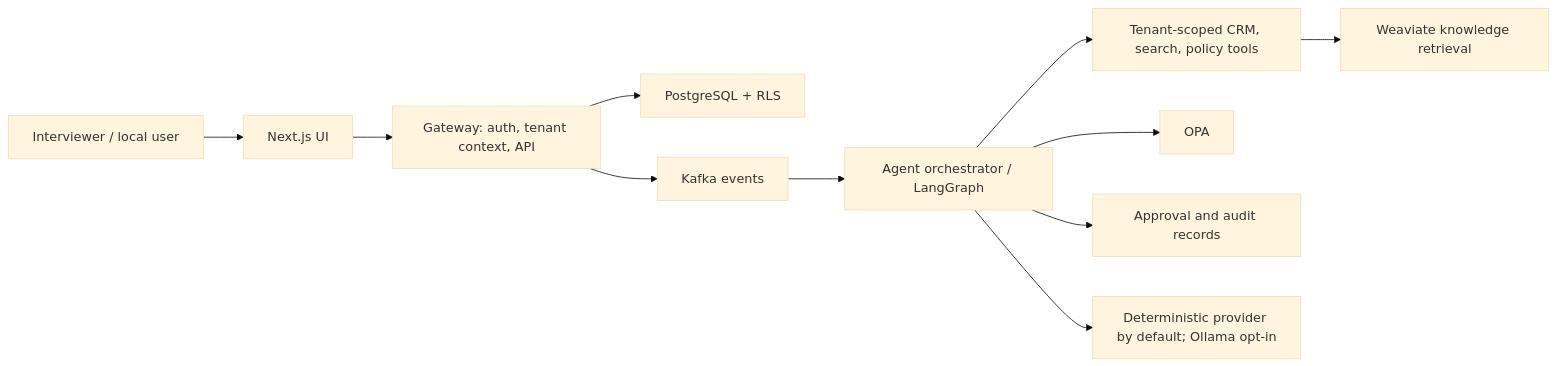
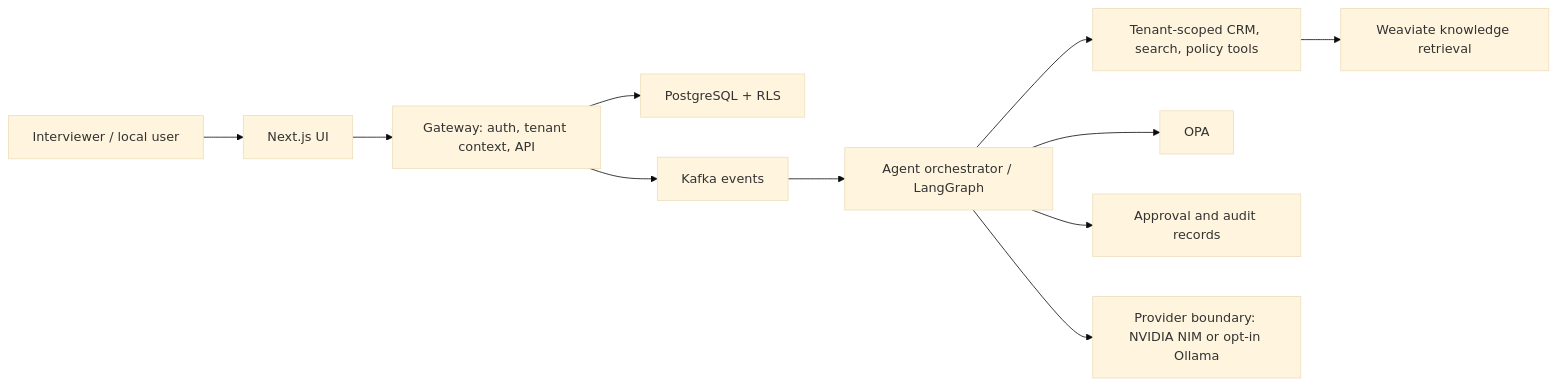
One commit to Dorring/MECRM changed the first of 2 diagrams in docs/interview-readiness-execution-plan.md. Above: the diagram before and after it, drawn with Mermaid (base theme). The commit also changed other lines of this file and 34 other files, not shown here.

Commit message:
feat(interview): add retrieval eval and NIM provider

````diff
--- a/docs/interview-readiness-execution-plan.md
+++ b/docs/interview-readiness-execution-plan.md
@@ -66,13 +66,13 @@
 ```mermaid
 flowchart LR
     Interviewer["Interviewer / local user"] --> UI["Next.js UI"]
     UI --> Gateway["Gateway: auth, tenant context, API"]
     Gateway --> CRM["PostgreSQL + RLS"]
     Gateway --> Kafka["Kafka events"]
     Kafka --> Agents["Agent orchestrator / LangGraph"]
     Agents --> Tools["Tenant-scoped CRM, search, policy tools"]
     Tools --> Weaviate["Weaviate knowledge retrieval"]
     Agents --> Policy["OPA"]
     Agents --> Approval["Approval and audit records"]
-    Agents --> Model["Deterministic provider by default; Ollama opt-in"]
+    Agents --> Model["Provider boundary: NVIDIA NIM or opt-in Ollama"]
 ```
````
